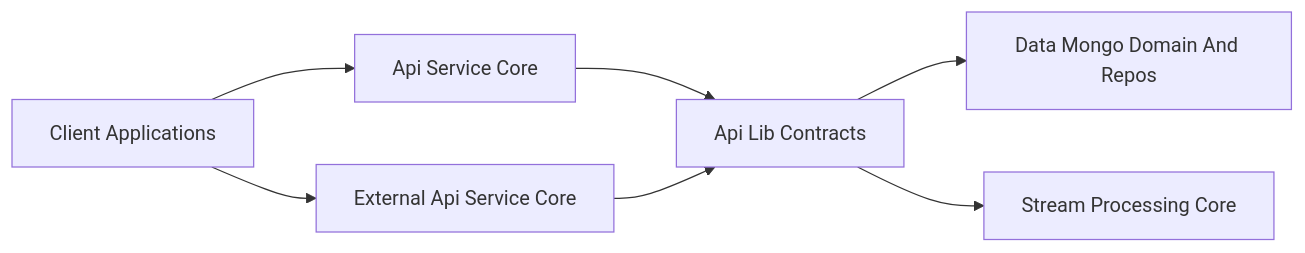
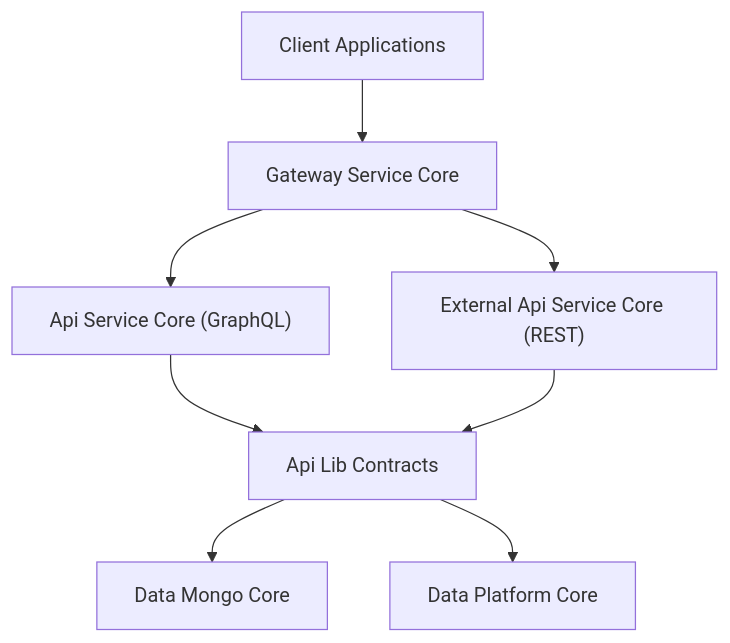
The first of 10 diagrams in docs/reference/architecture/api-lib-contracts/api-lib-contracts.md (flamingo-stack/openframe-oss-lib), drawn with Mermaid before and after one commit. The commit also changed other lines of this file and 172 other files, not shown here.

````diff
--- a/docs/reference/architecture/api-lib-contracts/api-lib-contracts.md
+++ b/docs/reference/architecture/api-lib-contracts/api-lib-contracts.md
@@ -26,11 +32,12 @@
 ```mermaid
-flowchart LR
-    Client["Client Applications"] --> ApiService["Api Service Core"]
-    Client --> ExternalApi["External Api Service Core"]
+flowchart TD
+    Client["Client Applications"] --> Gateway["Gateway Service Core"]
+    Gateway --> ApiService["Api Service Core (GraphQL)"]
+    Gateway --> ExternalApi["External Api Service Core (REST)"]
 
     ApiService --> Contracts["Api Lib Contracts"]
     ExternalApi --> Contracts
 
-    Contracts --> DataLayer["Data Mongo Domain And Repos"]
-    Contracts --> StreamLayer["Stream Processing Core"]
+    Contracts --> DataMongo["Data Mongo Core"]
+    Contracts --> DataPlatform["Data Platform Core"]
 ```
````
